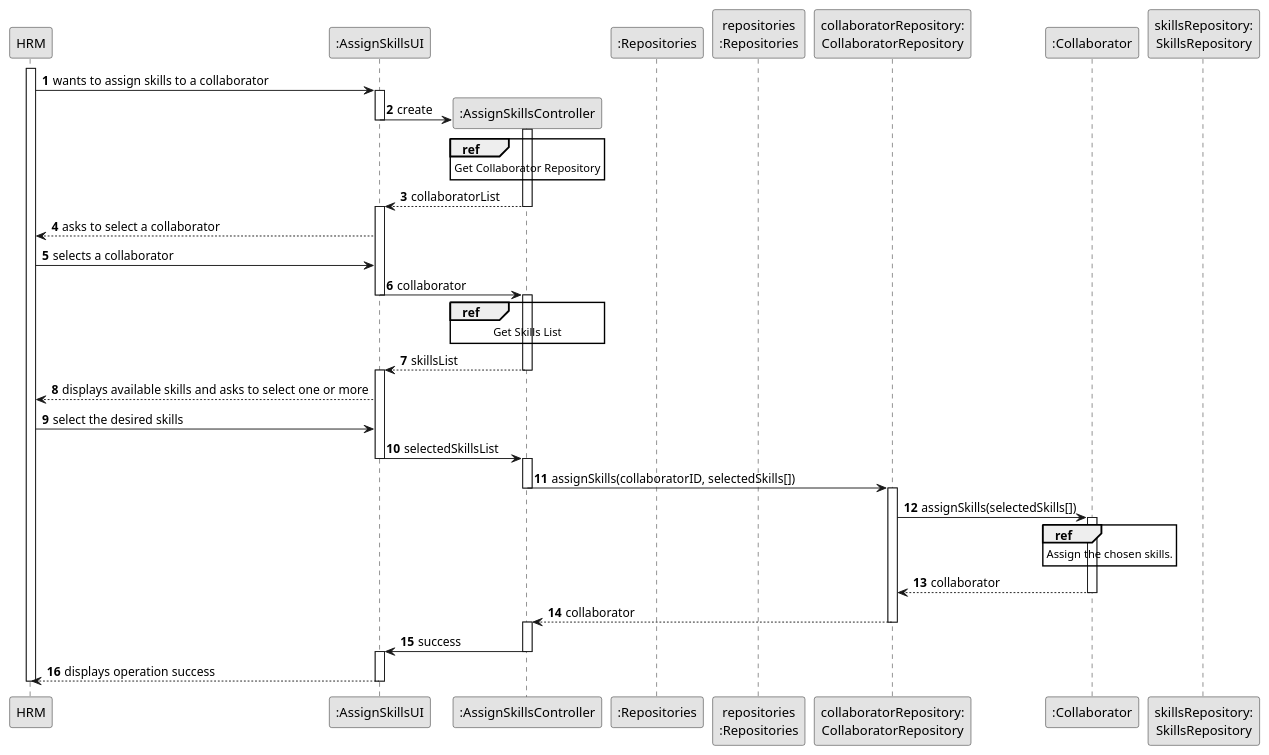
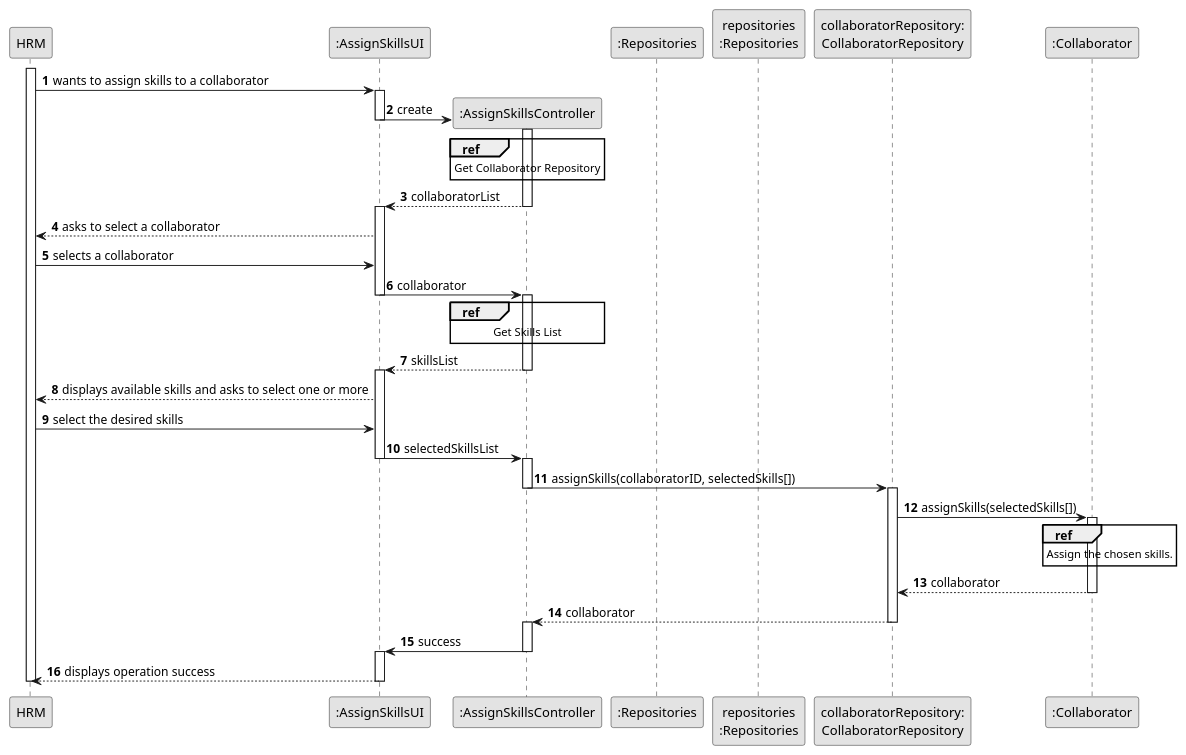
One commit to ricardomm7/leaflink changed the diagram in docs/sprintB/us004/03.design/puml/us004-sequence-diagram-split.puml. Above: the diagram before and after it, drawn with PlantUML. The commit also changed 5 other files, not shown here.

```diff
--- a/docs/sprintB/us004/03.design/puml/us004-sequence-diagram-split.puml
+++ b/docs/sprintB/us004/03.design/puml/us004-sequence-diagram-split.puml
@@ -1,72 +1,72 @@
 @startuml
 skinparam monochrome true
 skinparam packageStyle rectangle
 skinparam shadowing false
 
 autonumber
 
 participant "HRM" as HRM
 participant ":AssignSkillsUI" as UI
 participant ":AssignSkillsController" as CTRL
 participant ":Repositories" as GlobRepo
 participant "repositories\n:Repositories" as PLAT
 participant "collaboratorRepository:\nCollaboratorRepository" as CLBREP
 participant ":Collaborator" as CLB
-participant "skillsRepository:\nSkillsRepository" as skillsRepository
+
 
 
 activate HRM
 HRM -> UI : wants to assign skills to a collaborator
 activate UI
 UI -> CTRL** : create
 
 deactivate UI
 
 activate CTRL
         ref over CTRL
             Get Collaborator Repository
         end ref
 
 
 CTRL --> UI : collaboratorList
 deactivate CTRL
 activate UI
 UI --> HRM : asks to select a collaborator
 HRM -> UI : selects a collaborator
 UI -> CTRL : collaborator
 deactivate UI
 activate CTRL
 
         ref over CTRL
            Get Skills List
         end ref
 CTRL --> UI : skillsList
 deactivate CTRL
 activate UI
 UI --> HRM : displays available skills and asks to select one or more
 HRM -> UI : select the desired skills
 UI -> CTRL : selectedSkillsList
 deactivate UI
 activate CTRL
 
 
 CTRL -> CLBREP : assignSkills(collaboratorID, selectedSkills[])
 deactivate CTRL
 activate CLBREP
 CLBREP -> CLB : assignSkills(selectedSkills[])
 activate CLB
         ref over CLB
             Assign the chosen skills.
         end ref
 CLB --> CLBREP : collaborator
 deactivate CLB
 CLBREP --> CTRL : collaborator
 deactivate CLBREP
 activate CTRL
 CTRL -> UI : success
 deactivate CTRL
 activate UI
 UI --> HRM : displays operation success
 deactivate UI
 deactivate HRM
 @enduml
```
